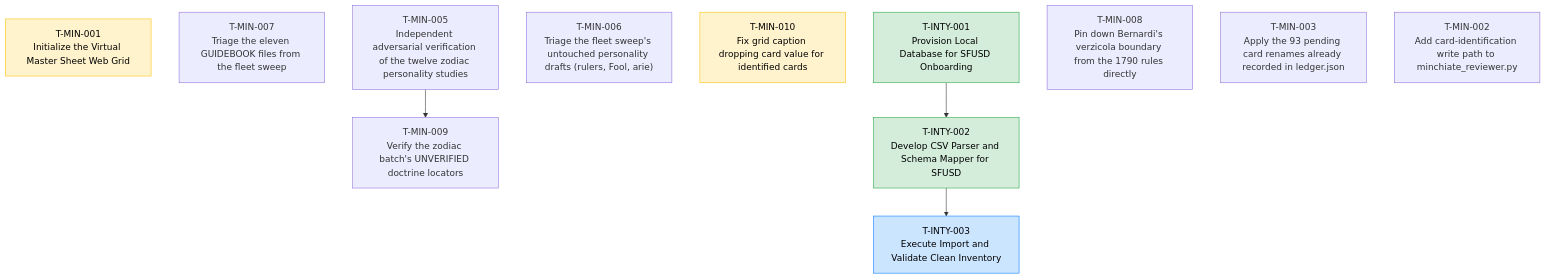
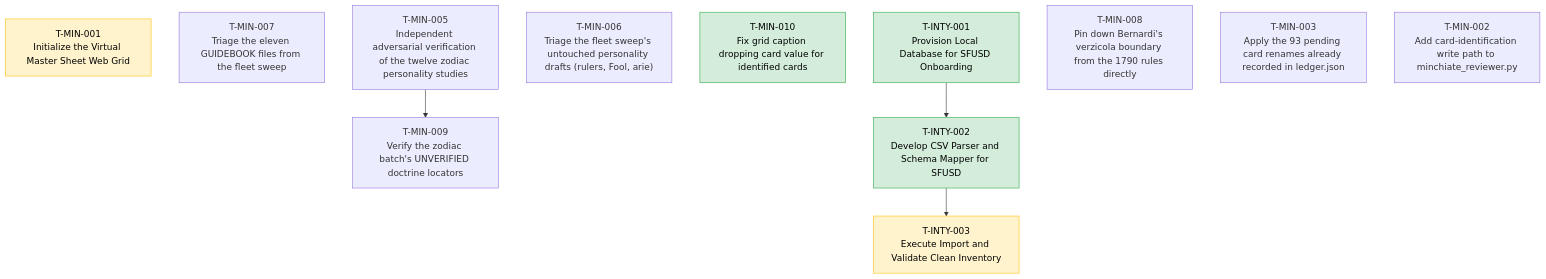
One commit to wgmilleriii/task_coordinator changed the diagram in TASKS.md. Above: the diagram before and after it, drawn with Mermaid. The commit also changed other lines of this file and 2 other files, not shown here.

Commit message:
review: T-MIN-010 PASS — caption fix verified, task DONE
Reviewer-F11 (claude-fable-5) reviewed head 86ef0e40 against audited base
0509f691. Diff is minimal and in scope; verification command and --check
reproduced independently in an isolated worktree, matching handoff evidence.
Edge probe confirmed no trailing space for type-with-empty-value captions.

````diff
--- a/TASKS.md
+++ b/TASKS.md
@@ -7,22 +7,22 @@
 ```mermaid
 graph TD
     classDef done fill:#d4edda,stroke:#28a745,color:#000;
     classDef blocked fill:#f8d7da,stroke:#dc3545,color:#000;
     classDef review fill:#fff3cd,stroke:#ffc107,color:#000;
     classDef active fill:#cce5ff,stroke:#007bff,color:#000;
     T-MIN-001["T-MIN-001<br/>Initialize the Virtual Master Sheet Web Grid"]:::review
     T-MIN-007["T-MIN-007<br/>Triage the eleven GUIDEBOOK files from the fleet sweep"]
     T-INTY-001["T-INTY-001<br/>Provision Local Database for SFUSD Onboarding"]:::done
     T-MIN-006["T-MIN-006<br/>Triage the fleet sweep's untouched personality drafts (rulers, Fool, arie)"]
-    T-MIN-010["T-MIN-010<br/>Fix grid caption dropping card value for identified cards"]:::review
+    T-MIN-010["T-MIN-010<br/>Fix grid caption dropping card value for identified cards"]:::done
     T-MIN-005["T-MIN-005<br/>Independent adversarial verification of the twelve zodiac personality studies"]
     T-MIN-009["T-MIN-009<br/>Verify the zodiac batch's UNVERIFIED doctrine locators"]
     T-MIN-005 --> T-MIN-009
-    T-INTY-003["T-INTY-003<br/>Execute Import and Validate Clean Inventory"]:::active
+    T-INTY-003["T-INTY-003<br/>Execute Import and Validate Clean Inventory"]:::review
     T-INTY-002 --> T-INTY-003
     T-INTY-002["T-INTY-002<br/>Develop CSV Parser and Schema Mapper for SFUSD"]:::done
     T-INTY-001 --> T-INTY-002
     T-MIN-008["T-MIN-008<br/>Pin down Bernardi's verzicola boundary from the 1790 rules directly"]
     T-MIN-003["T-MIN-003<br/>Apply the 93 pending card renames already recorded in ledger.json"]
     T-MIN-002["T-MIN-002<br/>Add card-identification write path to minchiate_reviewer.py"]
 ```
````
